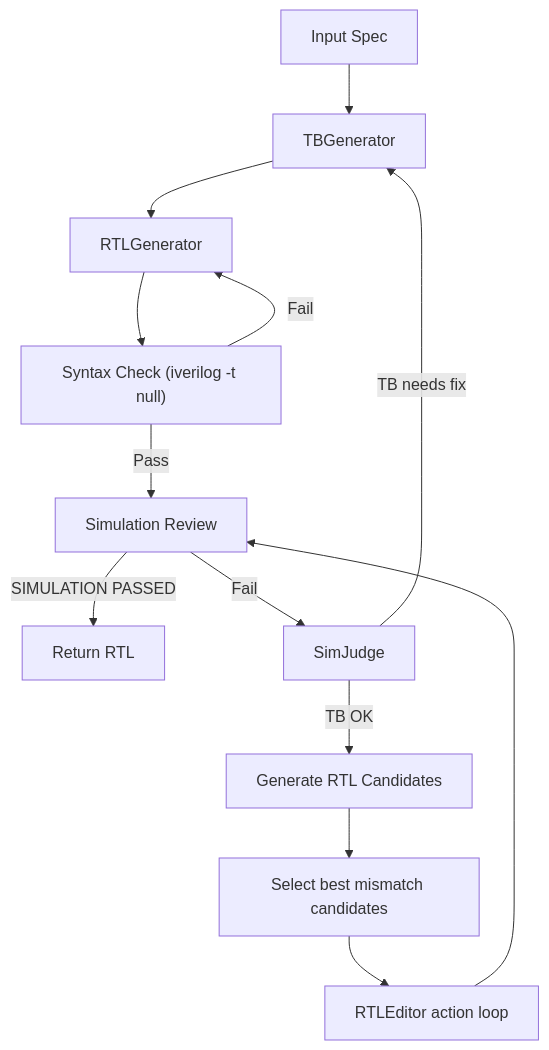
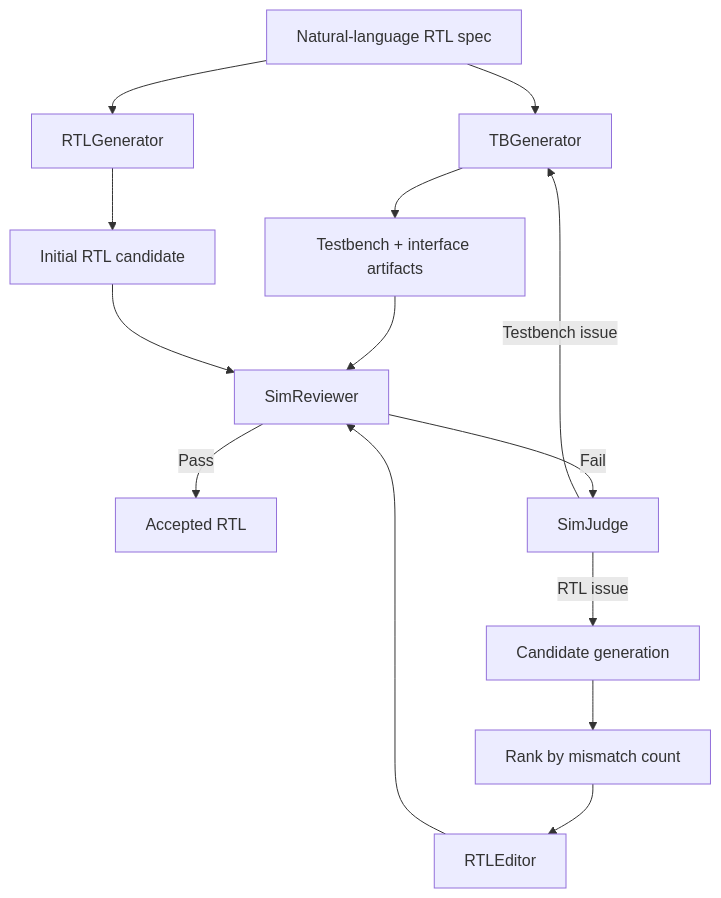
One commit to DevDesai444/RTL-Agent changed the first of 2 diagrams in README.md. Above: the diagram before and after it, drawn with Mermaid. The commit also changed other lines of this file, not shown here.

Commit message:
Rewrite README with architecture and benchmark details

````diff
--- a/README.md
+++ b/README.md
@@ -34,15 +44,16 @@
 ```mermaid
 flowchart TD
-    A["Input Spec"] --> B["TBGenerator"]
-    B --> C["RTLGenerator"]
-    C --> D["Syntax Check (iverilog -t null)"]
-    D -->|Pass| E["Simulation Review"]
-    D -->|Fail| C
-    E -->|SIMULATION PASSED| Z["Return RTL"]
-    E -->|Fail| F["SimJudge"]
-    F -->|TB needs fix| B
-    F -->|TB OK| G["Generate RTL Candidates"]
-    G --> H["Select best mismatch candidates"]
-    H --> I["RTLEditor action loop"]
-    I --> E
+    A["Natural-language RTL spec"] --> B["TBGenerator"]
+    A --> C["RTLGenerator"]
+    B --> D["Testbench + interface artifacts"]
+    C --> E["Initial RTL candidate"]
+    D --> F["SimReviewer"]
+    E --> F
+    F -->|Pass| G["Accepted RTL"]
+    F -->|Fail| H["SimJudge"]
+    H -->|Testbench issue| B
+    H -->|RTL issue| I["Candidate generation"]
+    I --> J["Rank by mismatch count"]
+    J --> K["RTLEditor"]
+    K --> F
 ```
````
